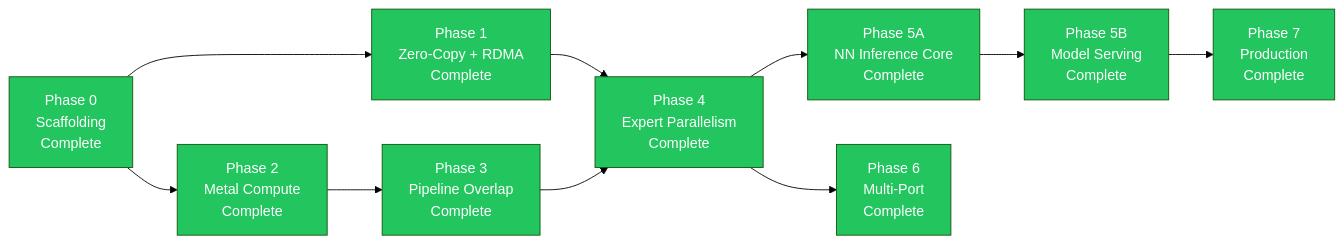
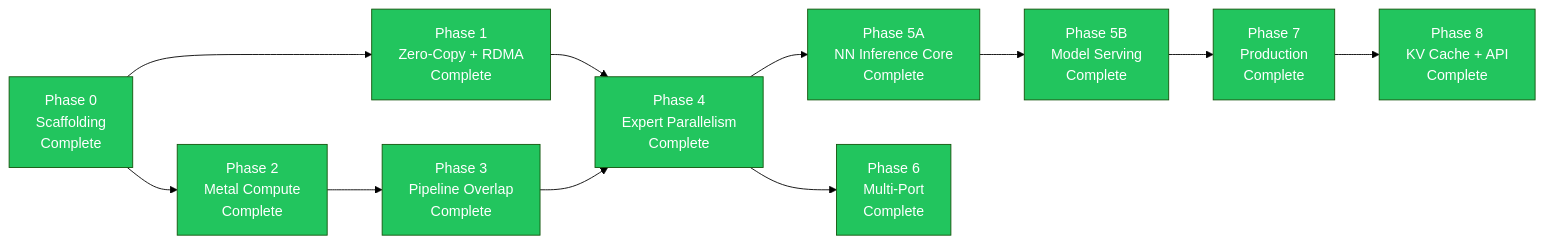
The diagram in docs/roadmap/phases.md (0xDaizz/RMLX), drawn with Mermaid (forest theme) before and after one commit. The commit also changed other lines of this file and 9 other files, not shown here.

Commit message:
docs: update for Phase 8 (KV cache, API re-exports, MoE metrics) (#3)

````diff
--- a/docs/roadmap/phases.md
+++ b/docs/roadmap/phases.md
@@ -49,32 +51,35 @@
 ```mermaid
 graph LR
     P0["Phase 0<br/>Scaffolding<br/>Complete"]
     P1["Phase 1<br/>Zero-Copy + RDMA<br/>Complete"]
     P2["Phase 2<br/>Metal Compute<br/>Complete"]
     P3["Phase 3<br/>Pipeline Overlap<br/>Complete"]
     P4["Phase 4<br/>Expert Parallelism<br/>Complete"]
     P5A["Phase 5A<br/>NN Inference Core<br/>Complete"]
     P5B["Phase 5B<br/>Model Serving<br/>Complete"]
     P6["Phase 6<br/>Multi-Port<br/>Complete"]
     P7["Phase 7<br/>Production<br/>Complete"]
+    P8["Phase 8<br/>KV Cache + API<br/>Complete"]
 
     P0 --> P1
     P0 --> P2
     P2 --> P3
     P1 --> P4
     P3 --> P4
     P4 --> P5A
     P5A --> P5B
     P4 --> P6
     P5B --> P7
+    P7 --> P8
 
     style P0 fill:#22c55e,color:#fff
     style P1 fill:#22c55e,color:#fff
     style P2 fill:#22c55e,color:#fff
     style P3 fill:#22c55e,color:#fff
     style P4 fill:#22c55e,color:#fff
     style P5A fill:#22c55e,color:#fff
     style P5B fill:#22c55e,color:#fff
     style P6 fill:#22c55e,color:#fff
     style P7 fill:#22c55e,color:#fff
+    style P8 fill:#22c55e,color:#fff
 ```
````
